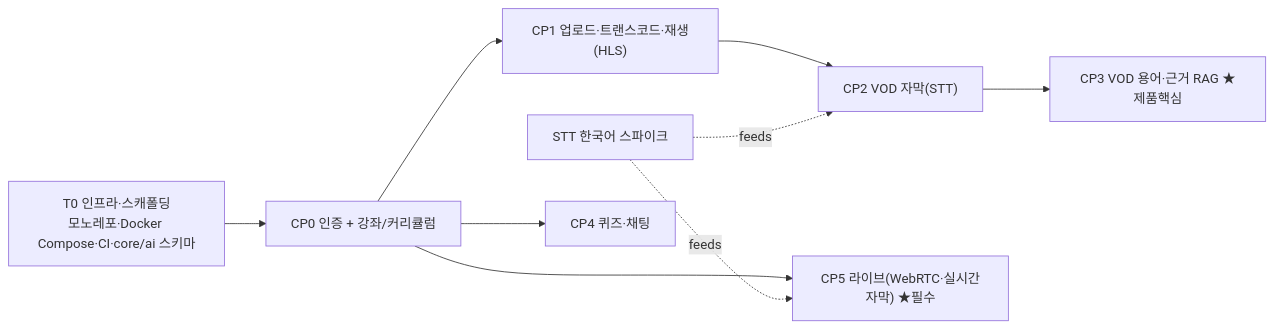
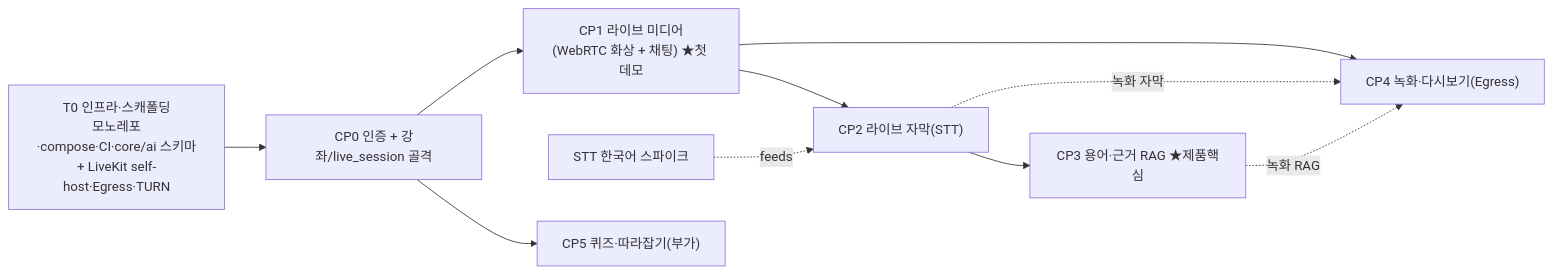
One commit to thdwjdrl401/jiphyeonjeon changed the diagram in docs/CP-ROADMAP.md. Above: the diagram before and after it, drawn with Mermaid. The commit also changed other lines of this file and 4 other files, not shown here.

````diff
--- a/docs/CP-ROADMAP.md
+++ b/docs/CP-ROADMAP.md
@@ -15,13 +16,14 @@
 ```mermaid
 flowchart LR
-  T0["T0 인프라·스캐폴딩<br/>모노레포·Docker Compose·CI·core/ai 스키마"]
+  T0["T0 인프라·스캐폴딩<br/>모노레포·compose·CI·core/ai 스키마<br/>+ LiveKit self-host·Egress·TURN"]
   SPK["STT 한국어 스파이크"]
-  T0 --> CP0["CP0 인증 + 강좌/커리큘럼"]
-  CP0 --> CP1["CP1 업로드·트랜스코드·재생(HLS)"]
-  CP1 --> CP2["CP2 VOD 자막(STT)"]
-  CP2 --> CP3["CP3 VOD 용어·근거 RAG ★제품핵심"]
-  CP0 --> CP4["CP4 퀴즈·채팅"]
-  CP0 --> CP5["CP5 라이브(WebRTC·실시간자막) ★필수"]
+  T0 --> CP0["CP0 인증 + 강좌/live_session 골격"]
+  CP0 --> CP1["CP1 라이브 미디어<br/>(WebRTC 화상 + 채팅) ★첫 데모"]
+  CP1 --> CP2["CP2 라이브 자막(STT)"]
+  CP2 --> CP3["CP3 용어·근거 RAG ★제품핵심"]
+  CP1 --> CP4["CP4 녹화·다시보기(Egress)"]
+  CP0 --> CP5["CP5 퀴즈·따라잡기(부가)"]
   SPK -.feeds.-> CP2
-  SPK -.feeds.-> CP5
+  CP2 -.녹화 자막.-> CP4
+  CP3 -.녹화 RAG.-> CP4
 ```
````
